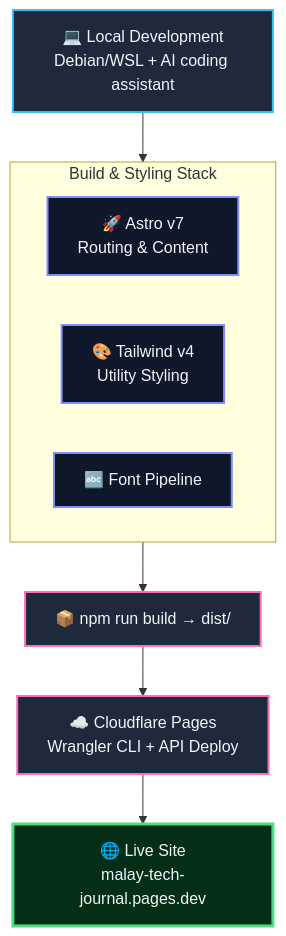
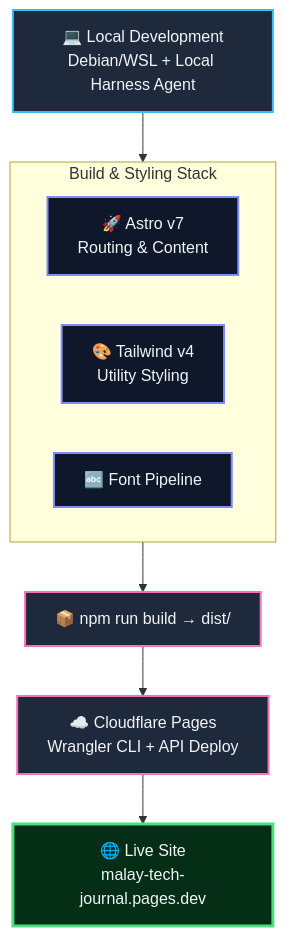
Before and after one commit to arifbazli/malay-tech-journal: the diagram in README.md, drawn with Mermaid.

Commit message:
Update workflow diagram: local harness agent

````diff
--- a/README.md
+++ b/README.md
@@ -42,25 +42,25 @@
 ```mermaid
 flowchart TD
-    A[💻 Local Development<br/>Debian/WSL + AI coding assistant] --> B
+    A[💻 Local Development<br/>Debian/WSL + Local Harness Agent] --> B
 
     subgraph B[Build & Styling Stack]
         direction LR
         B1[🚀 Astro v7<br/>Routing & Content]
         B2[🎨 Tailwind v4<br/>Utility Styling]
         B3[🔤 Font Pipeline]
     end
 
     B --> C[📦 npm run build → dist/]
     C --> D[☁️ Cloudflare Pages<br/>Wrangler CLI + API Deploy]
     D --> E[🌐 Live Site<br/>malay-tech-journal.pages.dev]
 
     classDef devNode fill:#1e293b,stroke:#38bdf8,stroke-width:2px,color:#f1f5f9
     classDef buildNode fill:#0f172a,stroke:#818cf8,stroke-width:2px,color:#f1f5f9
     classDef deployNode fill:#1e293b,stroke:#f472b6,stroke-width:2px,color:#f1f5f9
     classDef liveNode fill:#052e16,stroke:#4ade80,stroke-width:3px,color:#f1f5f9
 
     class A devNode
     class B1,B2,B3 buildNode
     class C,D deployNode
     class E liveNode
 ```
````
